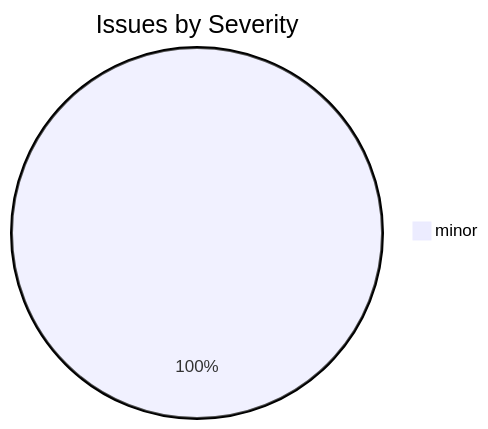
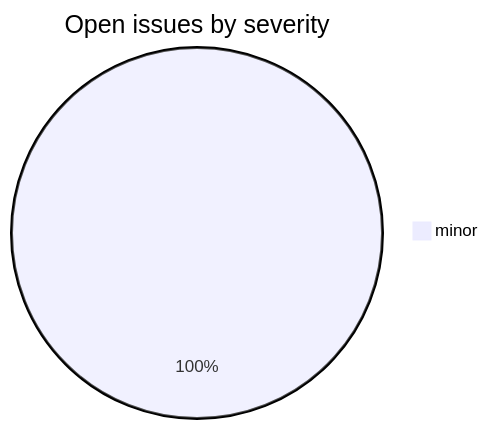
One commit to sanskrit-lexicon/csl-westergaard changed the second of 2 diagrams in README.md. Above: the diagram before and after it, drawn with Mermaid. The commit also changed other lines of this file, not shown here.

````diff
--- a/README.md
+++ b/README.md
@@ -24,4 +35,4 @@
 ```mermaid
-pie title Issues by Severity
+pie title Open issues by severity
     "minor" : 1
 ```
````
